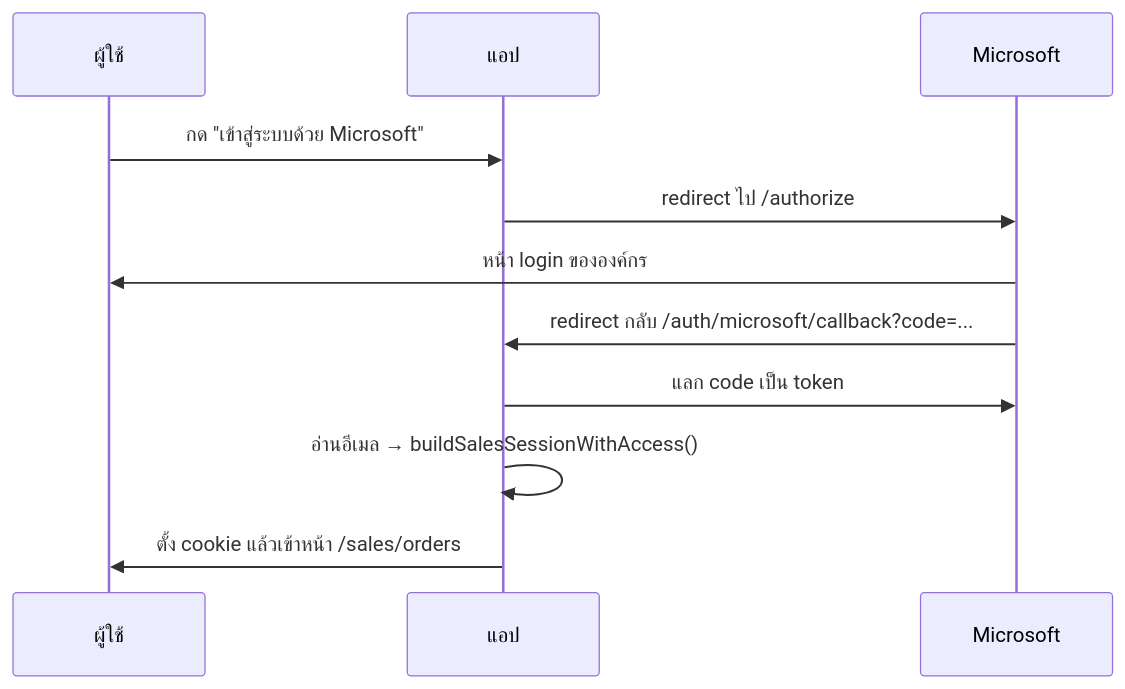
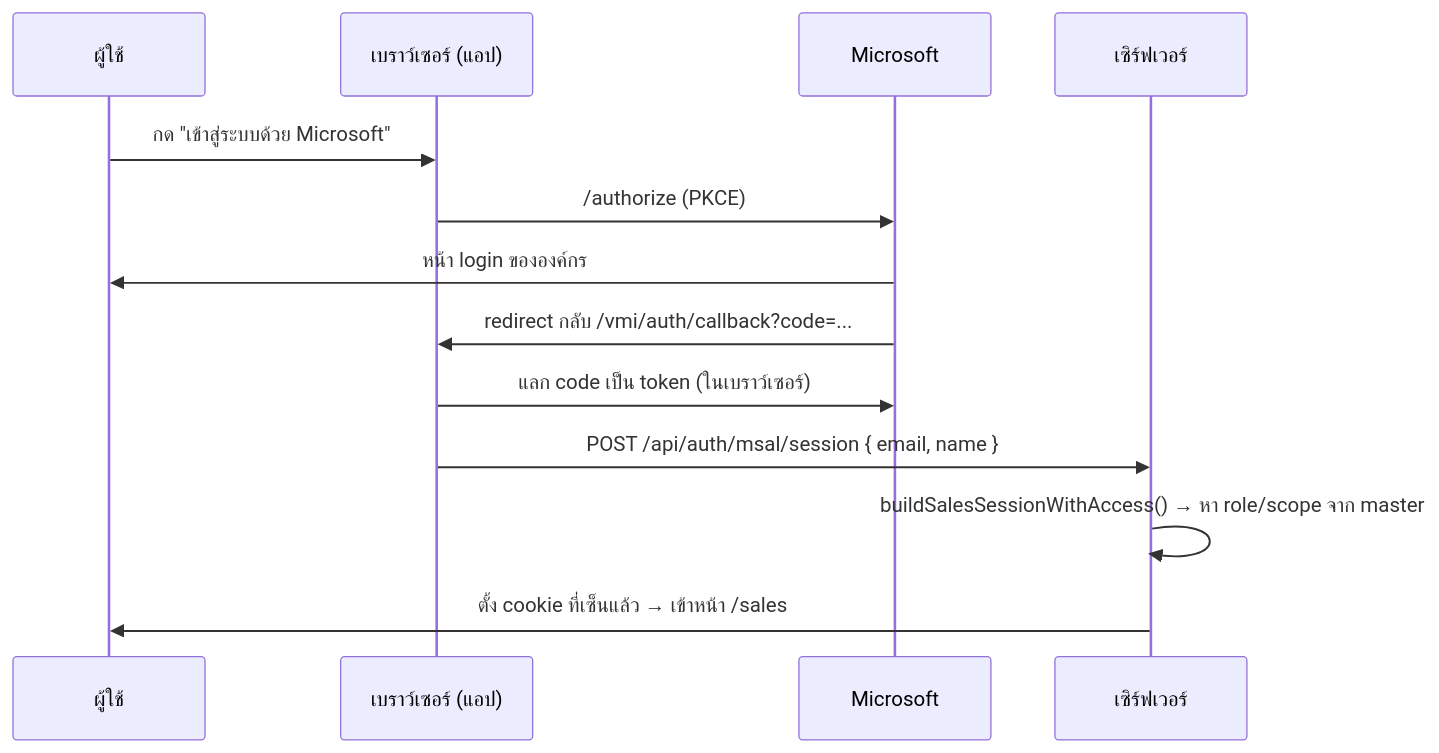
Before and after one commit to jintanabp/VMI: the diagram in docs/wiki/03-authentication.md, drawn with Mermaid. The commit also changed other lines of this file and 14 other files, not shown here.

````diff
--- a/docs/wiki/03-authentication.md
+++ b/docs/wiki/03-authentication.md
@@ -48,13 +55,15 @@
 ```mermaid
 sequenceDiagram
     participant U as ผู้ใช้
-    participant A as แอป
+    participant B as เบราว์เซอร์ (แอป)
     participant M as Microsoft
-    U->>A: กด "เข้าสู่ระบบด้วย Microsoft"
-    A->>M: redirect ไป /authorize
+    participant S as เซิร์ฟเวอร์
+    U->>B: กด "เข้าสู่ระบบด้วย Microsoft"
+    B->>M: /authorize (PKCE)
     M->>U: หน้า login ขององค์กร
-    M->>A: redirect กลับ /auth/microsoft/callback?code=...
-    A->>M: แลก code เป็น token
-    A->>A: อ่านอีเมล → buildSalesSessionWithAccess()
-    A->>U: ตั้ง cookie แล้วเข้าหน้า /sales/orders
+    M->>B: redirect กลับ /vmi/auth/callback?code=...
+    B->>M: แลก code เป็น token (ในเบราว์เซอร์)
+    B->>S: POST /api/auth/msal/session { email, name }
+    S->>S: buildSalesSessionWithAccess() → หา role/scope จาก master
+    S->>U: ตั้ง cookie ที่เซ็นแล้ว → เข้าหน้า /sales
 ```
````
